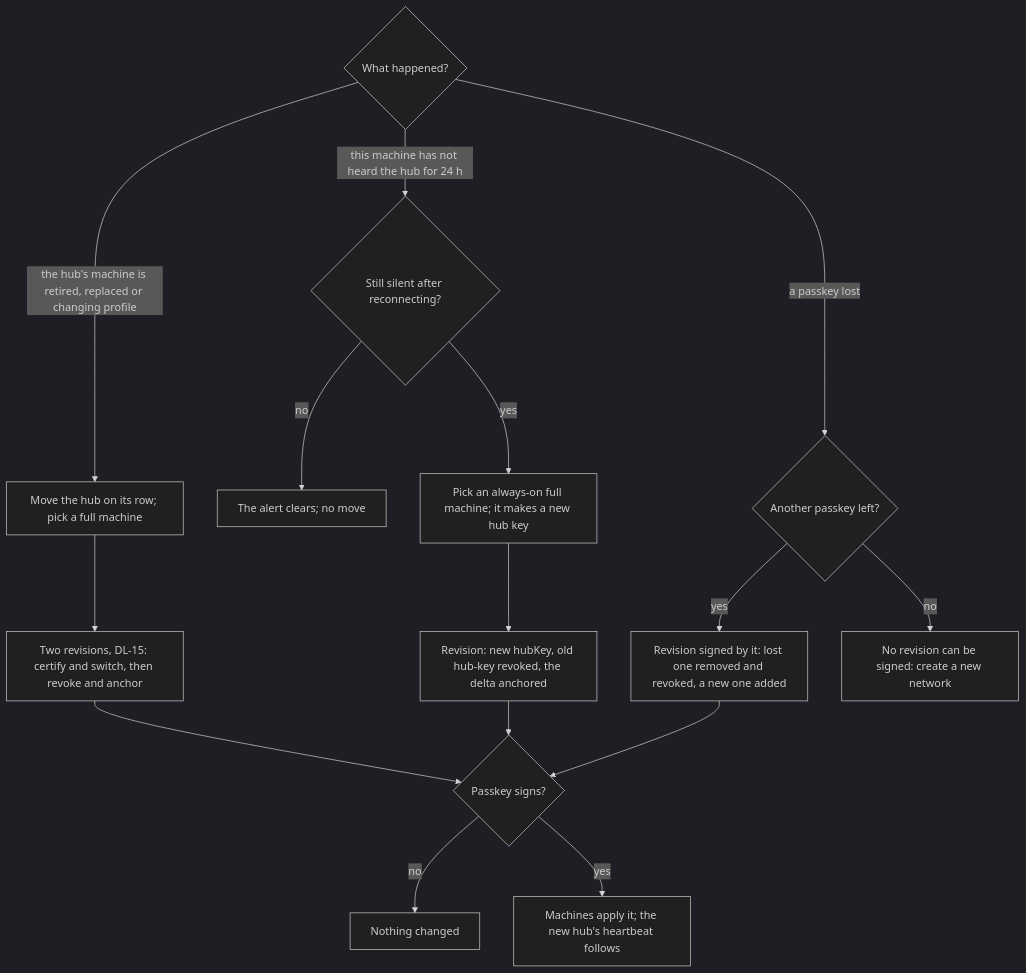
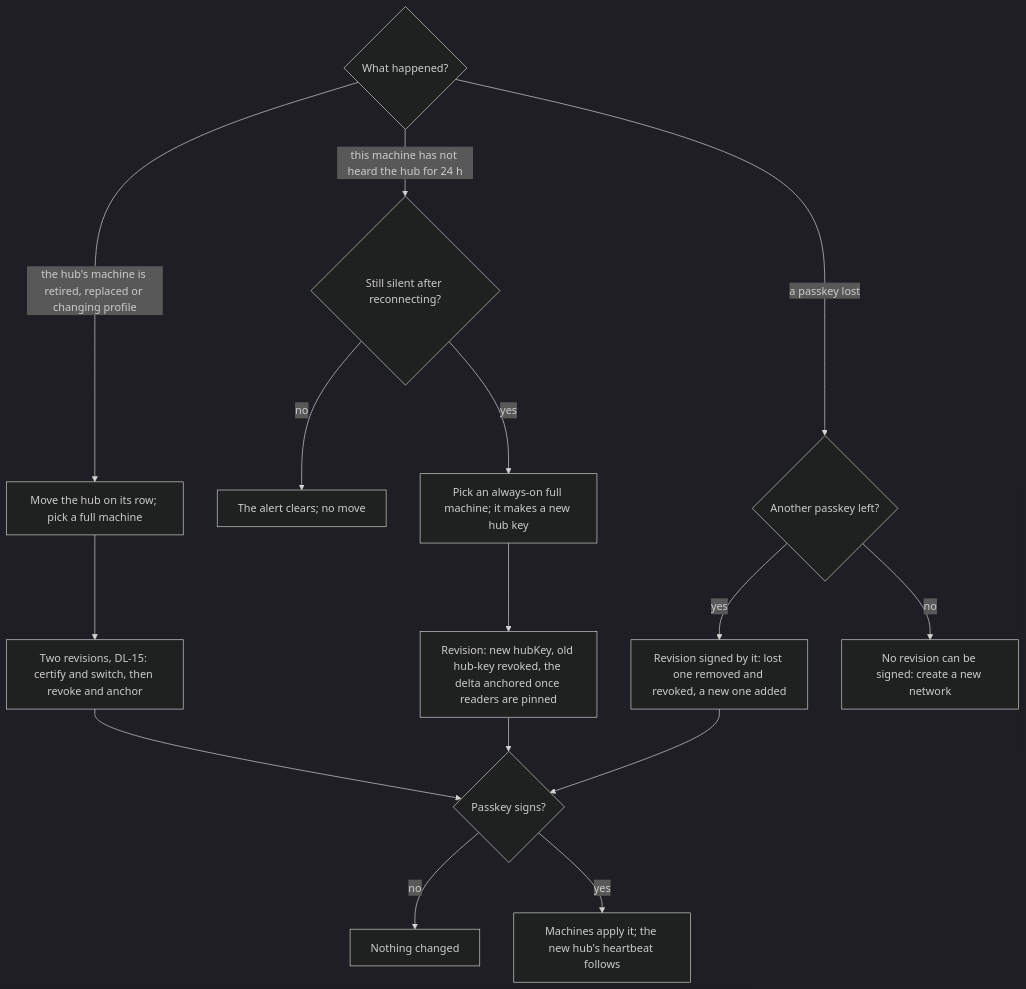
Before and after one commit to passioncode-ai/fabric-agent-contract: diagram 27 of 27 in docs/ux/flows.md, drawn with Mermaid (dark theme). The commit also changed other lines of this file and 12 other files, not shown here.

````diff
--- a/docs/ux/flows.md
+++ b/docs/ux/flows.md
@@ -662,17 +662,17 @@
 ```mermaid
 flowchart TD
   A{What happened?} -->|the hub's machine is retired, replaced or changing profile| L[Move the hub on its row; pick a full machine]
   L --> T[Two revisions, DL-15: certify and switch, then revoke and anchor]
   T --> S
   A -->|this machine has not heard the hub for 24 h| C{Still silent after reconnecting?}
   C -->|no| Z[The alert clears; no move]
   C -->|yes| M[Pick an always-on full machine; it makes a new hub key]
-  M --> R[Revision: new hubKey, old hub-key revoked, the delta anchored]
+  M --> R[Revision: new hubKey, old hub-key revoked, the delta anchored once readers are pinned]
   A -->|a passkey lost| P{Another passkey left?}
   P -->|yes| Q[Revision signed by it: lost one removed and revoked, a new one added]
   P -->|no| N[No revision can be signed: create a new network]
   R --> S{Passkey signs?}
   Q --> S
   S -->|no| X[Nothing changed]
   S -->|yes| D[Machines apply it; the new hub's heartbeat follows]
 ```
````
